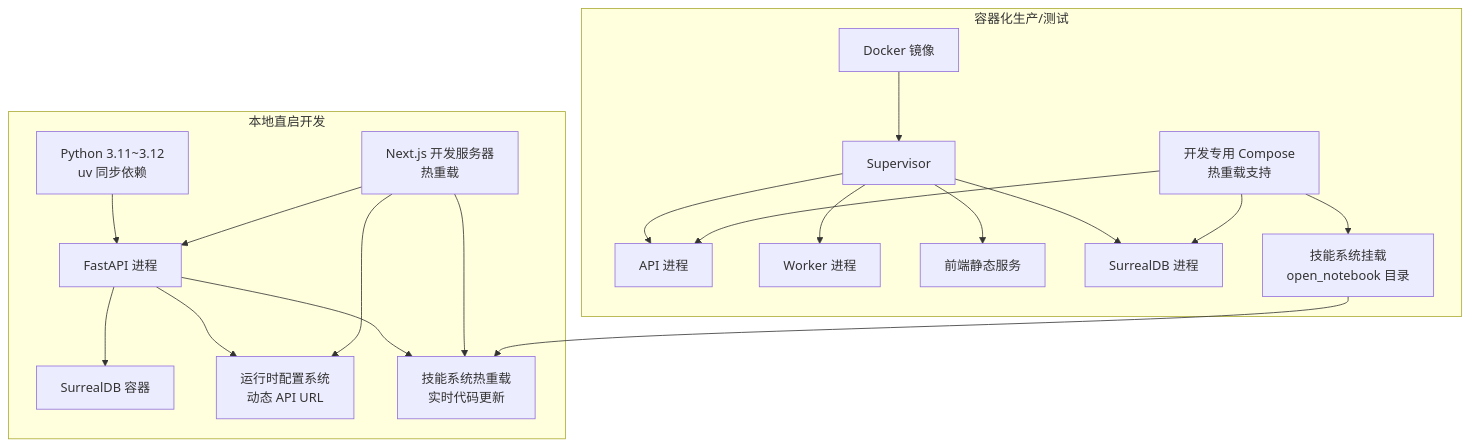
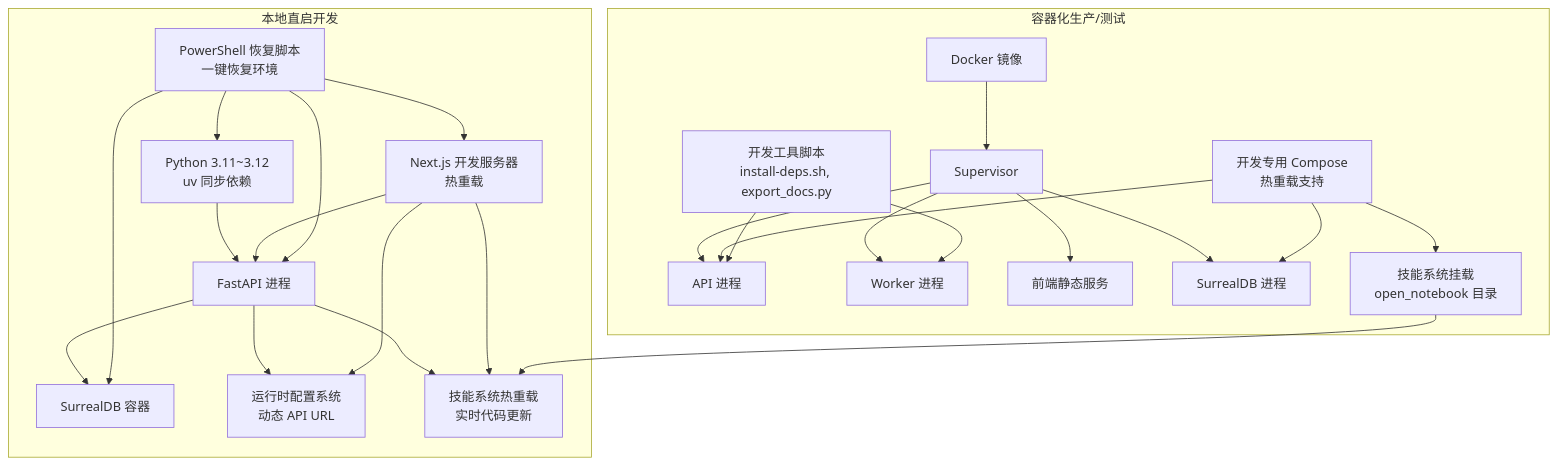
The second of 3 diagrams in .qoder/repowiki/zh/content/开发者指南/开发环境搭建.md (jackeyunjie/open-notebook), drawn with Mermaid before and after one commit. The commit also changed other lines of this file and 24 other files, not shown here.

````diff
--- a/.qoder/repowiki/zh/content/开发者指南/开发环境搭建.md
+++ b/.qoder/repowiki/zh/content/开发者指南/开发环境搭建.md
@@ -159,37 +179,45 @@
 ```mermaid
 graph TB
 subgraph "本地直启开发"
 L1["Python 3.11~3.12<br/>uv 同步依赖"]
 L2["FastAPI 进程"]
 L3["Next.js 开发服务器<br/>热重载"]
 L4["SurrealDB 容器"]
 L5["运行时配置系统<br/>动态 API URL"]
 L6["技能系统热重载<br/>实时代码更新"]
+L7["PowerShell 恢复脚本<br/>一键恢复环境"]
 L1 --> L2
 L2 --> L5
 L2 --> L4
 L2 --> L6
 L3 --> L2
 L3 --> L5
 L3 --> L6
+L7 --> L1
+L7 --> L2
+L7 --> L3
+L7 --> L4
 end
 subgraph "容器化生产/测试"
 C1["Docker 镜像"]
 C2["Supervisor"]
 C3["API 进程"]
 C4["Worker 进程"]
 C5["前端静态服务"]
 C6["SurrealDB 进程"]
 C7["开发专用 Compose<br/>热重载支持"]
 C8["技能系统挂载<br/>open_notebook 目录"]
+C9["开发工具脚本<br/>install-deps.sh, export_docs.py"]
 C1 --> C2
 C2 --> C3
 C2 --> C4
 C2 --> C5
 C2 --> C6
 C7 --> C3
 C7 --> C6
 C7 --> C8
 C8 --> L6
+C9 --> C3
+C9 --> C4
 end
 ```
````
